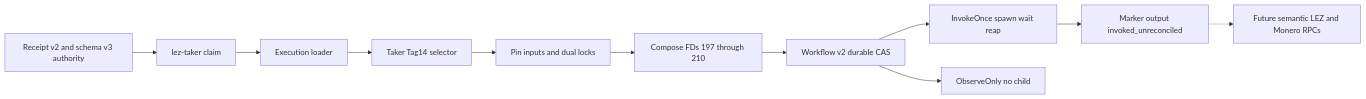
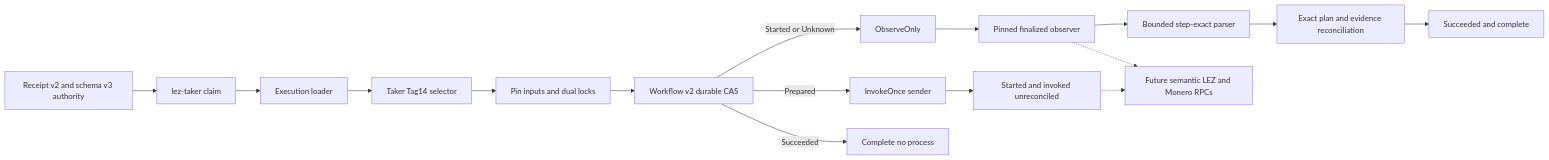
One commit to gateway-fm/lez-atomic-swaps changed the ninth of 21 diagrams in docs/architecture/deployment-components-and-rpcs.md. Above: the diagram before and after it, drawn with Mermaid. The commit also changed other lines of this file and 15 other files, not shown here.

````diff
--- a/docs/architecture/deployment-components-and-rpcs.md
+++ b/docs/architecture/deployment-components-and-rpcs.md
@@ -871,13 +879,18 @@
 ```mermaid
 flowchart LR
     Receipt["Receipt v2 and schema v3 authority"] --> Cli["lez-taker claim"]
     Cli --> Loader["Execution loader"]
     Loader --> Select["Taker Tag14 selector"]
     Select --> Pin["Pin inputs and dual locks"]
-    Pin --> Command["Compose FDs 197 through 210"]
-    Command --> Journal["Workflow v2 durable CAS"]
-    Journal --> Winner["InvokeOnce spawn wait reap"]
-    Journal --> Replay["ObserveOnly no child"]
-    Winner --> Marker["Marker output invoked_unreconciled"]
+    Pin --> Journal["Workflow v2 durable CAS"]
+    Journal -->|"Prepared"| Winner["InvokeOnce sender"]
+    Winner --> Marker["Started and invoked unreconciled"]
+    Journal -->|"Started or Unknown"| Replay["ObserveOnly"]
+    Replay --> Observer["Pinned finalized observer"]
+    Observer --> Parse["Bounded step-exact parser"]
+    Parse --> Reconcile["Exact plan and evidence reconciliation"]
+    Reconcile --> Done["Succeeded and complete"]
+    Journal -->|"Succeeded"| Complete["Complete no process"]
     Marker -.-> Nodes["Future semantic LEZ and Monero RPCs"]
+    Observer -.-> Nodes
 ```
````
